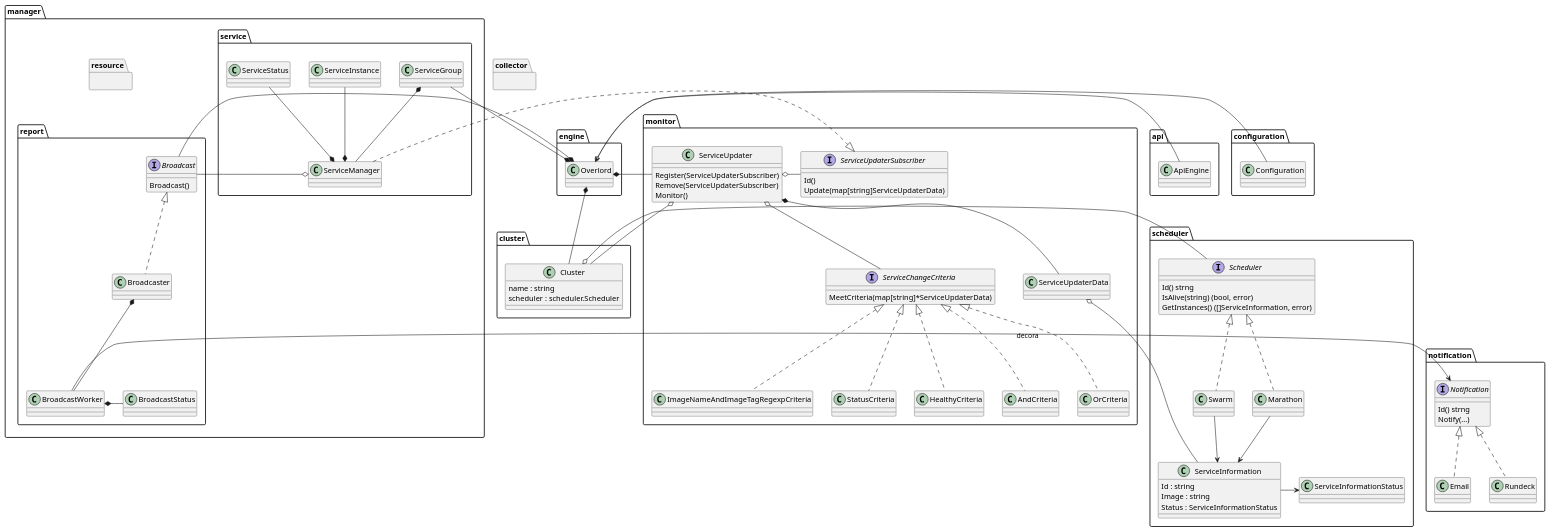
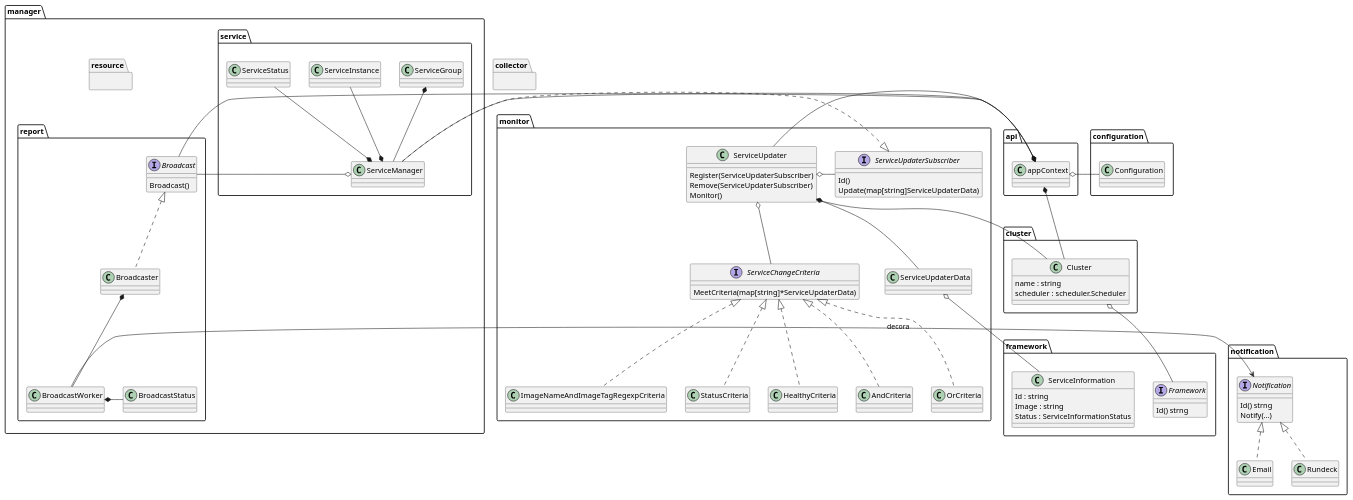
The diagram in arquitectura.puml (ch3lo/overlord), drawn with PlantUML before and after one commit. The commit also changed 9 other files, not shown here.

```diff
--- a/arquitectura.puml
+++ b/arquitectura.puml
@@ -1,141 +1,122 @@
 @startuml
 package manager {
     package service {
         class ServiceGroup
         class ServiceManager
         class ServiceInstance
         class ServiceStatus
 
         ServiceGroup *-- ServiceManager
         ServiceInstance --* ServiceManager
         ServiceStatus --* ServiceManager
     }
 
     package resource {
 
     }
 
     package report {
       interface Broadcast {
         Broadcast()
       }
       class Broadcaster
       class BroadcastStatus
       class BroadcastWorker
 
       Broadcast <|.. Broadcaster
       Broadcaster *-- BroadcastWorker
       BroadcastWorker *- BroadcastStatus
     }
 
     ServiceManager o- Broadcast
-}
-
-package engine {
-    class Overlord
 }
 
 package configuration {
   class Configuration
 }
 
 package cluster {
     class Cluster {
         name : string
         scheduler : scheduler.Scheduler
     }
 }
 
 package monitor {
     class ServiceUpdater {
         Register(ServiceUpdaterSubscriber)
         Remove(ServiceUpdaterSubscriber)
         Monitor()
     }
     interface ServiceUpdaterSubscriber {
         Id()
         Update(map[string]ServiceUpdaterData)
     }
     class ServiceUpdaterData
     interface ServiceChangeCriteria {
       MeetCriteria(map[string]*ServiceUpdaterData)
     }
     class ImageNameAndImageTagRegexpCriteria
     class StatusCriteria
     class HealthyCriteria
     class AndCriteria
     class OrCriteria
 
     ServiceUpdater o- ServiceUpdaterSubscriber
     ServiceUpdater *-- ServiceUpdaterData
     ServiceUpdater o-- ServiceChangeCriteria
     ServiceChangeCriteria <|.. ImageNameAndImageTagRegexpCriteria
     ServiceChangeCriteria <|.. StatusCriteria
     ServiceChangeCriteria <|.. HealthyCriteria
     ServiceChangeCriteria <|.. AndCriteria
     ServiceChangeCriteria <|.. OrCriteria
 }
 
 package collector {
 }
 
 package notification {
     interface Notification {
         Id() strng
         Notify(...)
     }
 
     class Email
     class Rundeck
 
     Notification <|.. Email
     Notification <|.. Rundeck
 }
 
 package api {
-  class ApiEngine
+  class appContext
 }
 
-package scheduler {
-    interface Scheduler {
+package framework {
+    interface Framework {
         Id() strng
-        IsAlive(string) (bool, error)
-        GetInstances() ([]ServiceInformation, error)
     }
 
     class ServiceInformation {
         Id : string
         Image : string
         Status : ServiceInformationStatus
     }
-
-    class Swarm
-    class Marathon
-    class ServiceInformationStatus
-
-    Scheduler <|.. Swarm
-    Scheduler <|.. Marathon
-
-    Swarm --> ServiceInformation
-    Marathon --> ServiceInformation
-    ServiceInformation -> ServiceInformationStatus
 }
-
-ApiEngine -> Overlord
 
 ServiceManager .|> ServiceUpdaterSubscriber
 
 
-ServiceGroup -* Overlord
+ServiceManager -* appContext
 
-Overlord *- ServiceUpdater
-Overlord *- Cluster
-Overlord o- Configuration
-Overlord *- Broadcast
+appContext *- ServiceUpdater
+appContext *- Cluster
+appContext o- Configuration
+appContext *- Broadcast
 
 BroadcastWorker -> Notification : decora
 
-Cluster o- Scheduler
+Cluster o- Framework
 ServiceUpdater o-- Cluster
 ServiceUpdaterData o-- ServiceInformation
 @enduml
```
